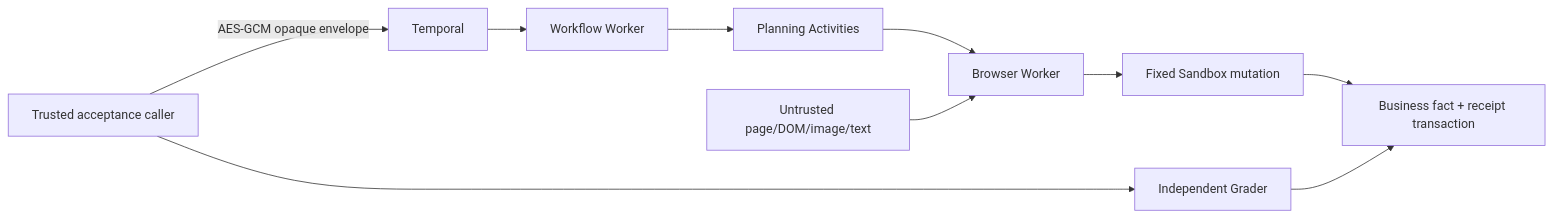
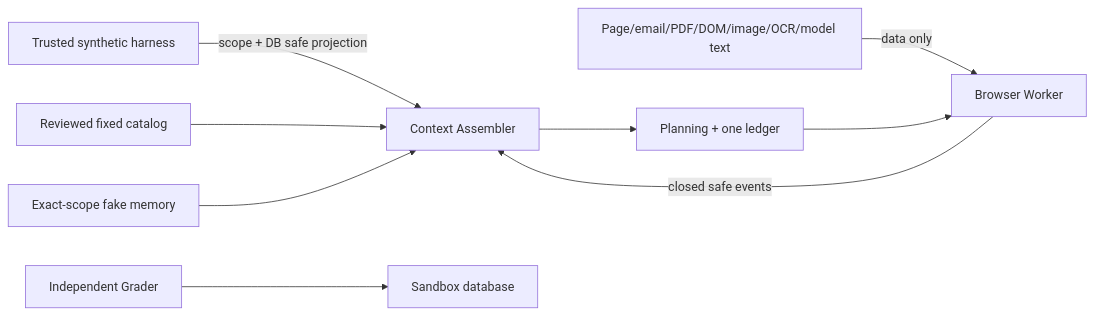
The diagram in docs/threat-model.md (taka-wzx/flowpilot-arena), drawn with Mermaid before and after one commit. The commit also changed other lines of this file and 35 other files, not shown here.

```diff
--- a/docs/threat-model.md
+++ b/docs/threat-model.md
@@ -12,12 +13,11 @@
 ~~~mermaid
 flowchart LR
-    Caller["Trusted acceptance caller"] -->|"AES-GCM opaque envelope"| Temporal["Temporal"]
-    Temporal --> Recovery["Workflow Worker"]
-    Recovery --> Planning["Planning Activities"]
-    Planning --> Browser["Browser Worker"]
-    Page["Untrusted page/DOM/image/text"] --> Browser
-    Browser --> Sandbox["Fixed Sandbox mutation"]
-    Sandbox --> DB["Business fact + receipt transaction"]
-    Caller --> Grader["Independent Grader"]
-    Grader --> DB
+    Caller["Trusted synthetic harness"] -->|"scope + DB safe projection"| Context["Context Assembler"]
+    Untrusted["Page/email/PDF/DOM/image/OCR/model text"] -->|"data only"| Browser["Browser Worker"]
+    Browser -->|"closed safe events"| Context
+    Catalog["Reviewed fixed catalog"] --> Context
+    Memory["Exact-scope fake memory"] --> Context
+    Context --> Planning["Planning + one ledger"]
+    Planning --> Browser
+    Grader["Independent Grader"] --> DB["Sandbox database"]
 ~~~
```
